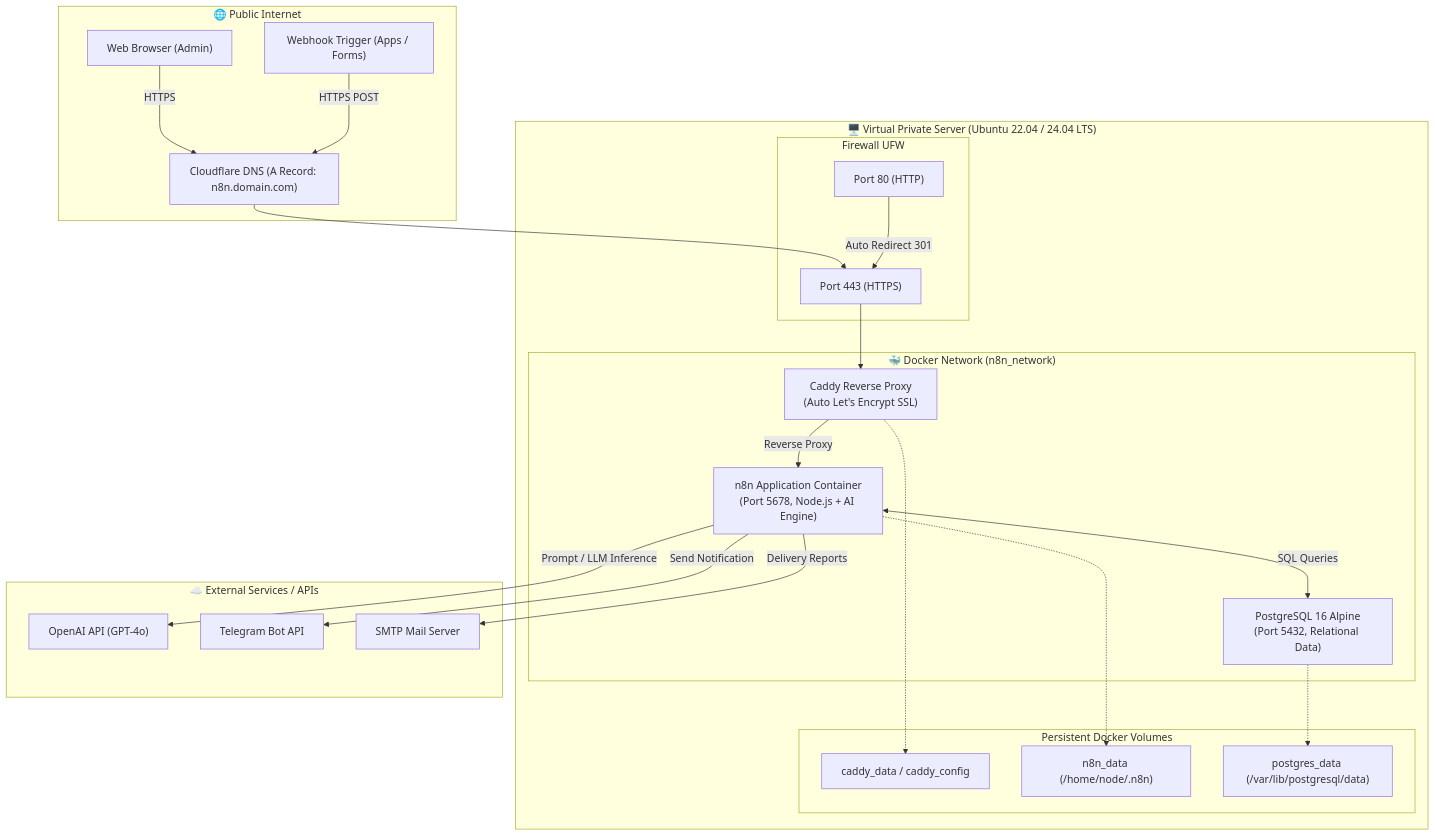
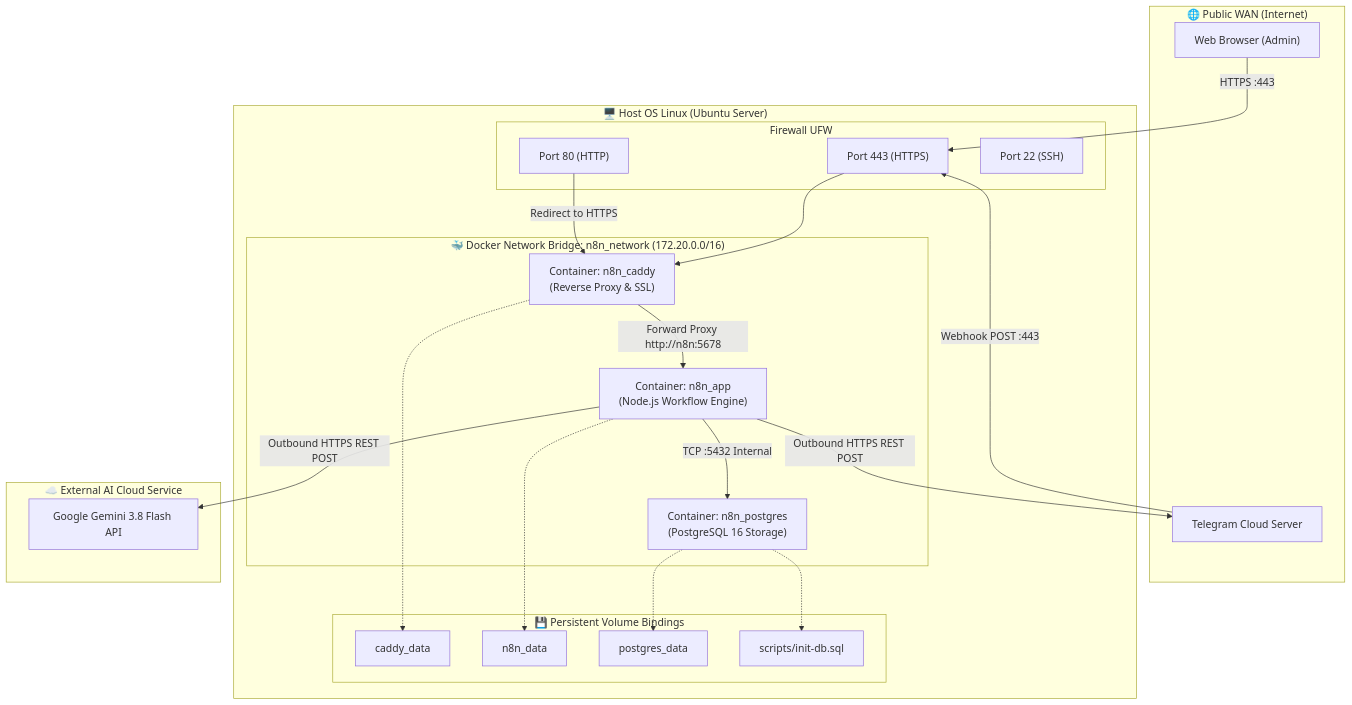
Before and after one commit to oktares/KDJK-hosting: the diagram in README.md, drawn with Mermaid. The commit also changed other lines of this file and 17 other files, not shown here.

Commit message:
feat: transform KDJK hosting project into Telegram Personal Finance Bot with Gemini AI, PostgreSQL, and GitHub Actions CI/CD

````diff
--- a/README.md
+++ b/README.md
@@ -77,48 +102,47 @@
 ```mermaid
-flowchart TD
-    subgraph PublicInternet["🌐 Public Internet"]
-        ClientBrowser["Web Browser (Admin)"]
-        WebhookSender["Webhook Trigger (Apps / Forms)"]
-        Cloudflare["Cloudflare DNS (A Record: n8n.domain.com)"]
+graph TD
+    subgraph WAN ["🌐 Public WAN (Internet)"]
+        UserBrowser["Web Browser (Admin)"]
+        TelegramWebhook["Telegram Cloud Server"]
     end
 
-    subgraph LinuxVPS["🖥️ Virtual Private Server (Ubuntu 22.04 / 24.04 LTS)"]
-        subgraph Ports["Firewall UFW"]
-            Port80["Port 80 (HTTP)"]
-            Port443["Port 443 (HTTPS)"]
+    subgraph HostVPS ["🖥️ Host OS Linux (Ubuntu Server)"]
+        subgraph UFW ["Firewall UFW"]
+            P80["Port 80 (HTTP)"]
+            P443["Port 443 (HTTPS)"]
+            P22["Port 22 (SSH)"]
         end
 
-        subgraph DockerBridge["🐳 Docker Network (n8n_network)"]
-            Caddy["Caddy Reverse Proxy\n(Auto Let's Encrypt SSL)"]
-            N8N["n8n Application Container\n(Port 5678, Node.js + AI Engine)"]
-            Postgres["PostgreSQL 16 Alpine\n(Port 5432, Relational Data)"]
+        subgraph DockerNet ["🐳 Docker Network Bridge: n8n_network (172.20.0.0/16)"]
+            CaddyCtr["Container: n8n_caddy\n(Reverse Proxy & SSL)"]
+            N8nCtr["Container: n8n_app\n(Node.js Workflow Engine)"]
+            PGCtr["Container: n8n_postgres\n(PostgreSQL 16 Storage)"]
         end
 
-        subgraph Storage["Persistent Docker Volumes"]
-            VolCaddy["caddy_data / caddy_config"]
-            VolN8N["n8n_data (/home/node/.n8n)"]
-            VolPG["postgres_data (/var/lib/postgresql/data)"]
+        subgraph Volumes ["💾 Persistent Volume Bindings"]
+            VolCaddy["caddy_data"]
+            VolN8n["n8n_data"]
+            VolPG["postgres_data"]
+            VolInit["scripts/init-db.sql"]
         end
     end
 
-    subgraph ExternalAPIs["☁️ External Services / APIs"]
-        OpenAI["OpenAI API (GPT-4o)"]
-        Telegram["Telegram Bot API"]
-        EmailSMTP["SMTP Mail Server"]
+    subgraph ExternalCloud ["☁️ External AI Cloud Service"]
+        GeminiAPI["Google Gemini 3.8 Flash API"]
     end
 
-    ClientBrowser -->|HTTPS| Cloudflare
-    WebhookSender -->|HTTPS POST| Cloudflare
-    Cloudflare --> Port443
-    Port80 -->|Auto Redirect 301| Port443
-    Port443 --> Caddy
-    Caddy -->|Reverse Proxy| N8N
-    N8N <-->|SQL Queries| Postgres
-    N8N -->|Prompt / LLM Inference| OpenAI
-    N8N -->|Send Notification| Telegram
-    N8N -->|Delivery Reports| EmailSMTP
+    UserBrowser -->|HTTPS :443| P443
+    TelegramWebhook -->|Webhook POST :443| P443
+    P80 -->|Redirect to HTTPS| CaddyCtr
+    P443 --> CaddyCtr
 
-    Caddy -.-> VolCaddy
-    N8N -.-> VolN8N
-    Postgres -.-> VolPG
+    CaddyCtr -->|Forward Proxy http://n8n:5678| N8nCtr
+    N8nCtr -->|TCP :5432 Internal| PGCtr
+    N8nCtr -->|Outbound HTTPS REST POST| GeminiAPI
+    N8nCtr -->|Outbound HTTPS REST POST| TelegramWebhook
+
+    CaddyCtr -.-> VolCaddy
+    N8nCtr -.-> VolN8n
+    PGCtr -.-> VolPG
+    PGCtr -.-> VolInit
 ```
````
